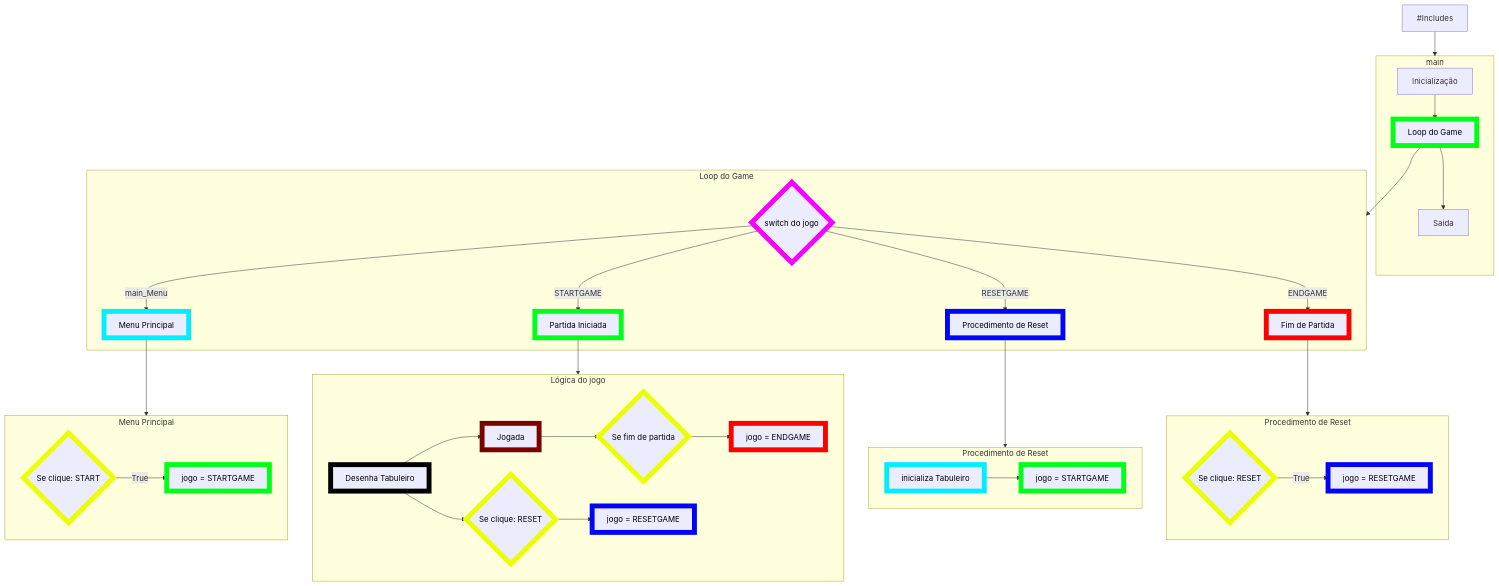
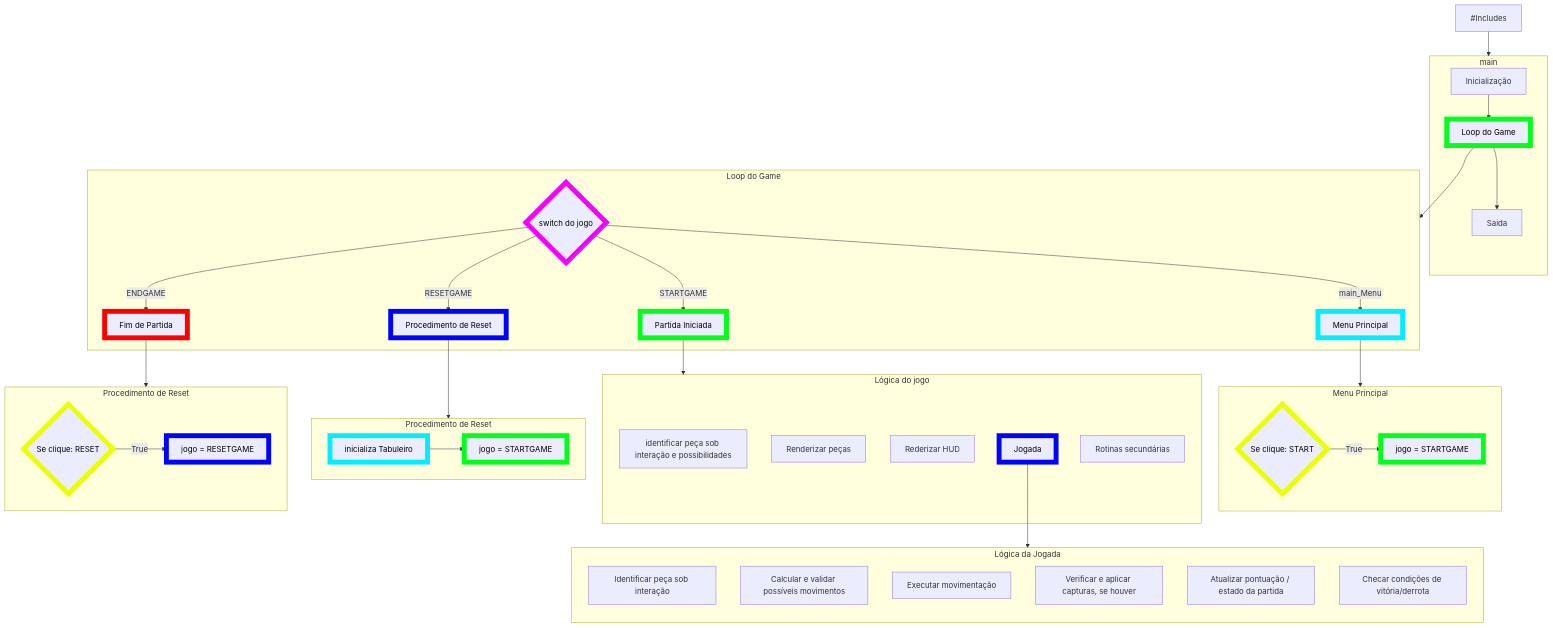
Before and after one commit to gabrieljsantos/Resta-Um: the diagram in Fruxo.md, drawn with Mermaid.

```diff
--- a/Fruxo.md
+++ b/Fruxo.md
@@ -9,9 +9,9 @@
         
         
 
-
+    
     subgraph mainwhile_code[Loop do Game]
-
+    
         main_switch{switch do jogo}
         main_switch -->|main_Menu| menu_principa[Menu Principal]
         main_switch -->|STARTGAME| STARTGAME[Partida Iniciada]
@@ -28,15 +28,15 @@
 
     STARTGAME --> STARTGAME_code
     subgraph STARTGAME_code[Lógica do jogo]
-    Desenha_STARTGAME[Desenha Tabuleiro]
-    --> Jogada_STARTGAME[Jogada]
-    --> if_ENDGAME{Se fim de partida} -->fim[jogo = ENDGAME]
-    Desenha_STARTGAME[Desenha Tabuleiro]
-    -->if_RESETBUTTON{Se clique: RESET}
-    --> reset[jogo = RESETGAME]
+    localizePart[identificar peça sob interação e possibilidades] 
+    imprimeTabuleiro[Renderizar peças]
+    Titulo[Rederizar HUD]
+    jogada[Jogada]:::N5 
+    rotinas_perifericas[Rotinas secundárias]
     end    
     
     RESETGAME --> RESTARTGAME_code
+    direction TB
     subgraph RESTARTGAME_code[Procedimento de Reset]
     reset_tabuleiro_RESTARTGAME[inicializa Tabuleiro] --> STARTGAME_RESTARTGAME[jogo = STARTGAME]
     end
@@ -49,23 +49,26 @@
     end
 
 
-    
 
+    jogada --> jogada_code
+subgraph jogada_code[Lógica da Jogada]
+    direction TB
+    localizarPart[Identificar peça sob interação]
+    validarMovs[Calcular e validar possíveis movimentos]
+    moverPeca[Executar movimentação]
+    capturar[Verificar e aplicar capturas, se houver]
+    pontuar[Atualizar pontuação / estado da partida]
+    checarEstado[Checar condições de vitória/derrota]
+end
   %% Separação Por Niveis:
   
 
   RESETGAME:::N5
   STARTGAME_ENDGAME:::N5
-  reset:::N5
   main_switch:::N6
   mainwhile:::N8
   if_startButton:::N2
-  if_resetButton:::N2
-  if_RESETBUTTON:::N2
-  if_ENDGAME:::N2                  
-  Jogada_STARTGAME:::N7                  
-  Desenha_STARTGAME:::N9                  
-  fim:::N1                  
+  if_resetButton:::N2        
   ENDGAME:::N1                  
   play_Game:::N8 
   STARTGAME_RESTARTGAME:::N8                 
```
